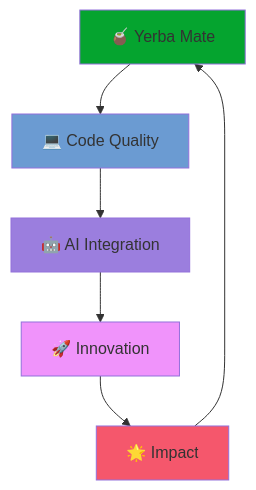
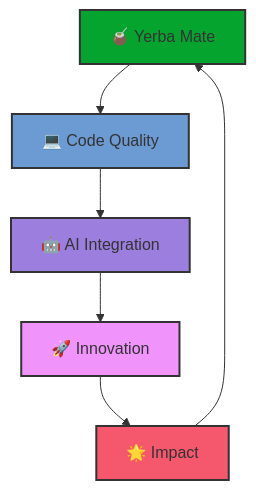
The diagram in README.md (YahyaZekry/YahyaZekry), drawn with Mermaid before and after one commit. The commit also changed other lines of this file, not shown here.

````diff
--- a/README.md
+++ b/README.md
@@ -277,14 +311,14 @@
 ```mermaid
 graph TD
     A[🧉 Yerba Mate] --> B[💻 Code Quality]
     B --> C[🤖 AI Integration]
     C --> D[🚀 Innovation]
     D --> E[🌟 Impact]
     E --> A
     
-    style A fill:#05a42f
-    style B fill:#6B9BD2
-    style C fill:#9B7EDE
-    style D fill:#F093FB
-    style E fill:#F5576C
+    style A fill:#05a42f,stroke:#333,stroke-width:2px
+    style B fill:#6B9BD2,stroke:#333,stroke-width:2px
+    style C fill:#9B7EDE,stroke:#333,stroke-width:2px
+    style D fill:#F093FB,stroke:#333,stroke-width:2px
+    style E fill:#F5576C,stroke:#333,stroke-width:2px
 ```
````
